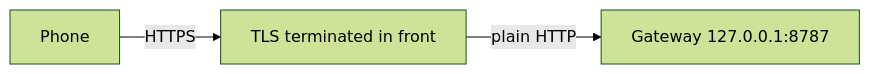
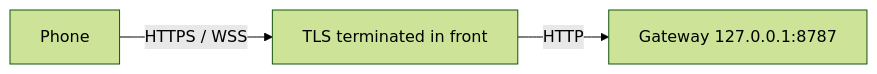
Before and after one commit to 3xian/PinkCollab: the first of 2 diagrams in docs/deployment.md, drawn with Mermaid (forest theme). The commit also changed other lines of this file and 12 other files, not shown here.

````diff
--- a/docs/deployment.md
+++ b/docs/deployment.md
@@ -11,4 +7,4 @@
 ```mermaid
 flowchart LR
-    A[Phone] -->|HTTPS| B[TLS terminated in front] -->|plain HTTP| C[Gateway 127.0.0.1:8787]
+    A[Phone] -->|HTTPS / WSS| B[TLS terminated in front] -->|HTTP| C[Gateway 127.0.0.1:8787]
 ```
````
